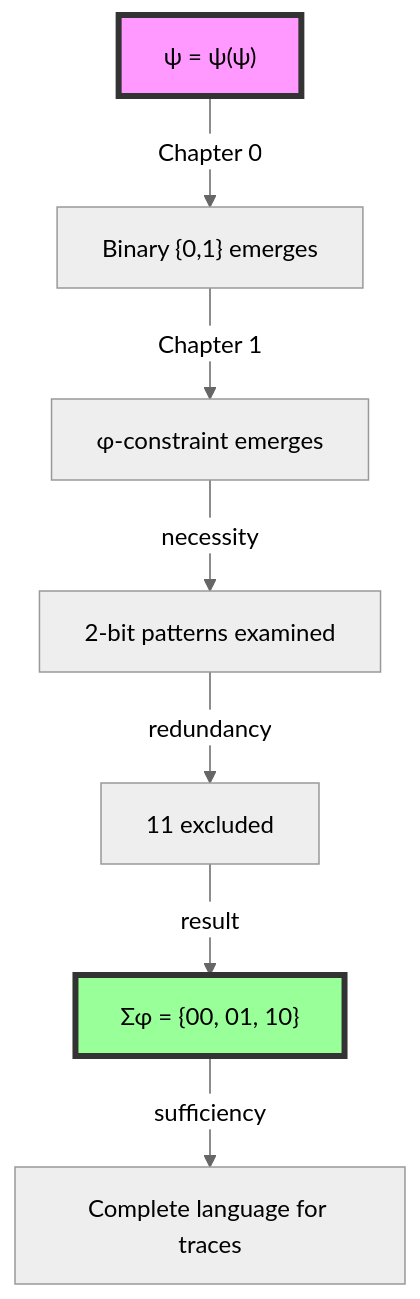
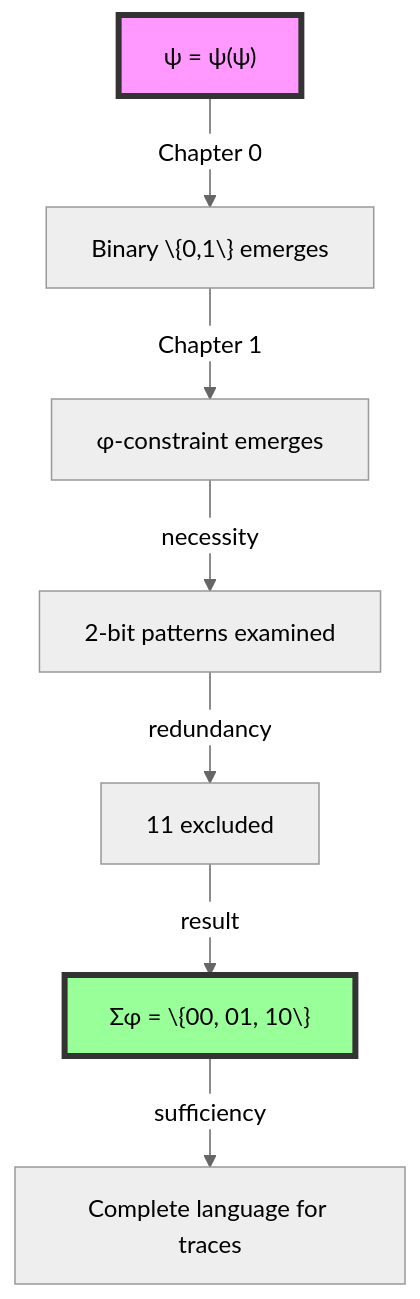
Before and after one commit to loning/the-binarymath: diagram 11 of 12 in docs/codex/volume-00-collapse-language/chapter-002-phi-alphabet.md, drawn with Mermaid (neutral theme). The commit also changed other lines of this file and 4 other files, not shown here.

````diff
--- a/docs/codex/volume-00-collapse-language/chapter-002-phi-alphabet.md
+++ b/docs/codex/volume-00-collapse-language/chapter-002-phi-alphabet.md
@@ -392,20 +392,20 @@
 ```mermaid
 graph TD
     A["ψ = ψ(ψ)"]
-    B["Binary {0,1} emerges"]
+    B["Binary \{0,1\} emerges"]
     C["φ-constraint emerges"]
     D["2-bit patterns examined"]
     E["11 excluded"]
-    F["Σφ = {00, 01, 10}"]
+    F["Σφ = \{00, 01, 10\}"]
     G["Complete language for traces"]
     
     A -->|"Chapter 0"| B
     B -->|"Chapter 1"| C
     C -->|"necessity"| D
     D -->|"redundancy"| E
     E -->|"result"| F
     F -->|"sufficiency"| G
     
     style A fill:#f9f,stroke:#333,stroke-width:4px
     style F fill:#9f9,stroke:#333,stroke-width:4px
 ```
````
